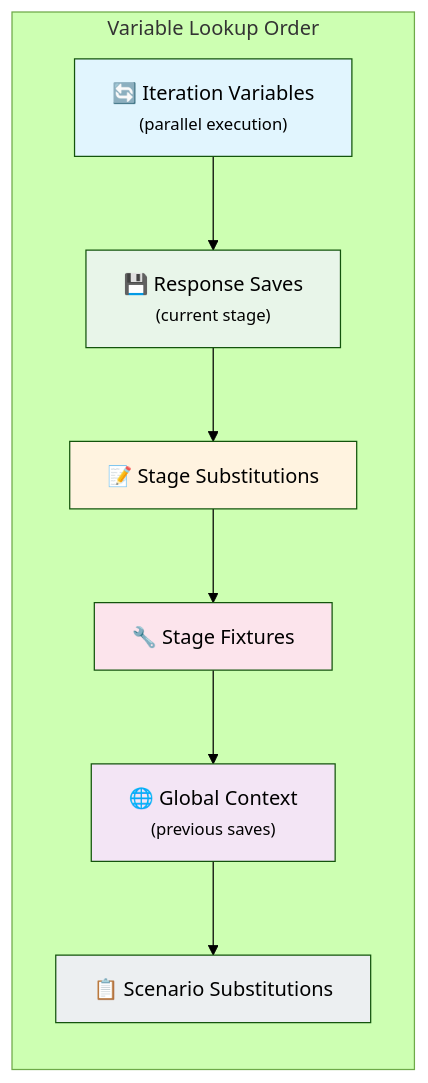
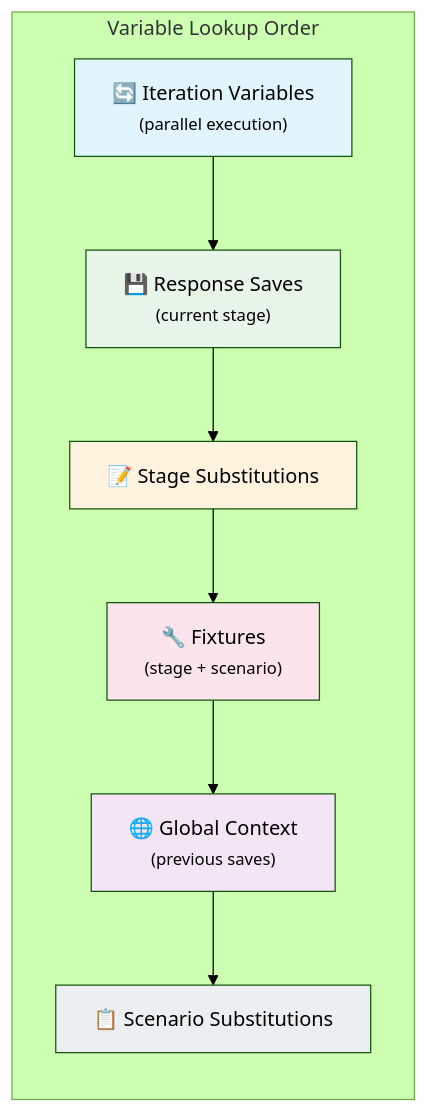
One commit to aeresov/pytest-httpchain changed the diagram in docs/advanced/context-layering.md. Above: the diagram before and after it, drawn with Mermaid (forest theme). The commit also changed other lines of this file and 55 other files, not shown here.

````diff
--- a/docs/advanced/context-layering.md
+++ b/docs/advanced/context-layering.md
@@ -9,21 +9,21 @@
 ```mermaid
 flowchart TB
     subgraph lookup["Variable Lookup Order"]
         direction TB
         iter["🔄 Iteration Variables<br/><small>(parallel execution)</small>"]
         saves["💾 Response Saves<br/><small>(current stage)</small>"]
         stage_sub["📝 Stage Substitutions"]
-        fixtures["🔧 Stage Fixtures"]
+        fixtures["🔧 Fixtures<br/><small>(stage + scenario)</small>"]
         global["🌐 Global Context<br/><small>(previous saves)</small>"]
         scenario["📋 Scenario Substitutions"]
 
         iter --> saves --> stage_sub --> fixtures --> global --> scenario
     end
 
     style iter fill:#e1f5fe
     style saves fill:#e8f5e9
     style stage_sub fill:#fff3e0
     style fixtures fill:#fce4ec
     style global fill:#f3e5f5
     style scenario fill:#eceff1
 ```
````
